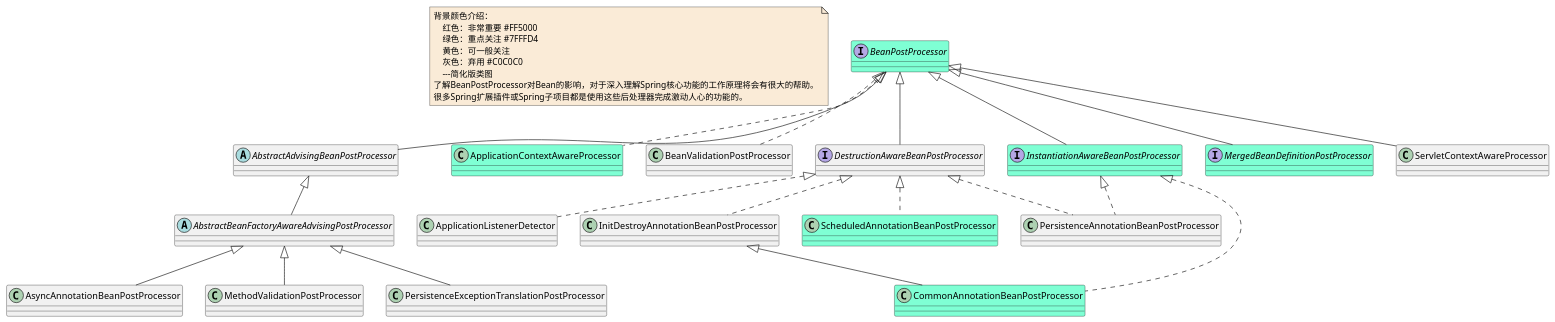
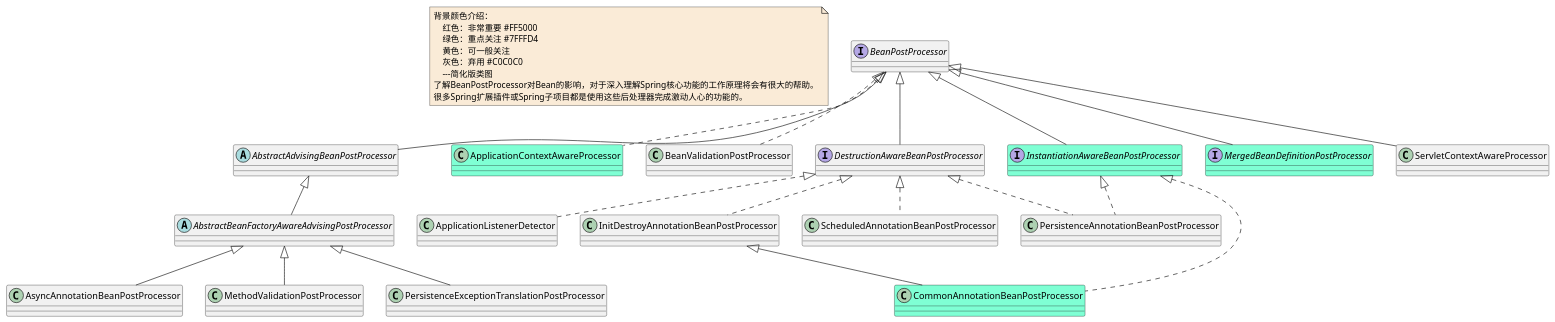
One commit to czwer/learn-spring-code changed the diagram in document/spring/base/class/Bean-BeanPostProcessor-0-class.puml. Above: the diagram before and after it, drawn with PlantUML. The commit also changed 14 other files, not shown here.

```diff
--- a/document/spring/base/class/Bean-BeanPostProcessor-0-class.puml
+++ b/document/spring/base/class/Bean-BeanPostProcessor-0-class.puml
@@ -1,63 +1,63 @@
 @startuml
 
 note  as N1 #FAEBD7
     背景颜色介绍：
         红色：非常重要 #FF5000
         绿色：重点关注 #7FFFD4
         黄色：可一般关注
         灰色：弃用 #C0C0C0
         ---简化版类图
     了解BeanPostProcessor对Bean的影响，对于深入理解Spring核心功能的工作原理将会有很大的帮助。
     很多Spring扩展插件或Spring子项目都是使用这些后处理器完成激动人心的功能的。
 end note
 
-interface BeanPostProcessor  #7FFFD4
+interface BeanPostProcessor
 abstract class AbstractAdvisingBeanPostProcessor
 abstract class AbstractBeanFactoryAwareAdvisingPostProcessor
 class ApplicationContextAwareProcessor #7FFFD4
 class ApplicationListenerDetector
 class AsyncAnnotationBeanPostProcessor
 class BeanValidationPostProcessor
 class CommonAnnotationBeanPostProcessor #7FFFD4
 interface DestructionAwareBeanPostProcessor
 class InitDestroyAnnotationBeanPostProcessor
 interface InstantiationAwareBeanPostProcessor  #7FFFD4
 interface MergedBeanDefinitionPostProcessor #7FFFD4
 class MethodValidationPostProcessor
 class PersistenceAnnotationBeanPostProcessor
 class PersistenceExceptionTranslationPostProcessor
-class ScheduledAnnotationBeanPostProcessor  #7FFFD4
+class ScheduledAnnotationBeanPostProcessor
 class ServletContextAwareProcessor
 
 
 
 AbstractAdvisingBeanPostProcessor <|-- AbstractBeanFactoryAwareAdvisingPostProcessor
 
 AbstractBeanFactoryAwareAdvisingPostProcessor <|-- AsyncAnnotationBeanPostProcessor
 AbstractBeanFactoryAwareAdvisingPostProcessor <|-- MethodValidationPostProcessor
 AbstractBeanFactoryAwareAdvisingPostProcessor <|-- PersistenceExceptionTranslationPostProcessor
 
 
 
 BeanPostProcessor <|-- AbstractAdvisingBeanPostProcessor
 BeanPostProcessor <|.. ApplicationContextAwareProcessor
 BeanPostProcessor <|.. BeanValidationPostProcessor
 BeanPostProcessor <|-- DestructionAwareBeanPostProcessor
 BeanPostProcessor <|-- InstantiationAwareBeanPostProcessor
 BeanPostProcessor <|-- MergedBeanDefinitionPostProcessor
 BeanPostProcessor <|-- ServletContextAwareProcessor
 
 
 
 DestructionAwareBeanPostProcessor <|.. ApplicationListenerDetector
 DestructionAwareBeanPostProcessor <|.. InitDestroyAnnotationBeanPostProcessor
 DestructionAwareBeanPostProcessor <|.. PersistenceAnnotationBeanPostProcessor
 DestructionAwareBeanPostProcessor <|.. ScheduledAnnotationBeanPostProcessor
 
 InitDestroyAnnotationBeanPostProcessor <|-- CommonAnnotationBeanPostProcessor
 
 InstantiationAwareBeanPostProcessor <|.. CommonAnnotationBeanPostProcessor
 InstantiationAwareBeanPostProcessor <|.. PersistenceAnnotationBeanPostProcessor
 
 
 @enduml
```
